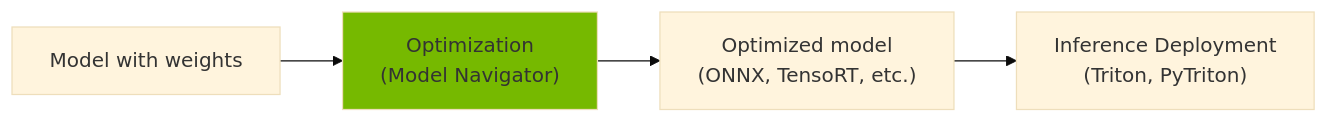
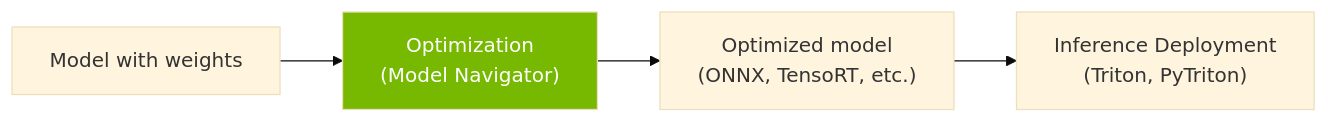
One commit to triton-inference-server/model_navigator changed the diagram in README.md. Above: the diagram before and after it, drawn with Mermaid (base theme).

Commit message:
White font color for green box in flowchart

````diff
--- a/README.md
+++ b/README.md
@@ -43,7 +43,8 @@
 ```mermaid
 
 flowchart LR
     src[Model with weights] --> nav["Optimization <br/> (Model Navigator)"]  -->  opt_models["Optimized model <br/> (ONNX, TensoRT, etc.)"] --> deployment["Inference Deployment <br/> (Triton, PyTriton)"]
 
     style nav fill:#76b900
+    style nav color:#ffffff
 ```
````
